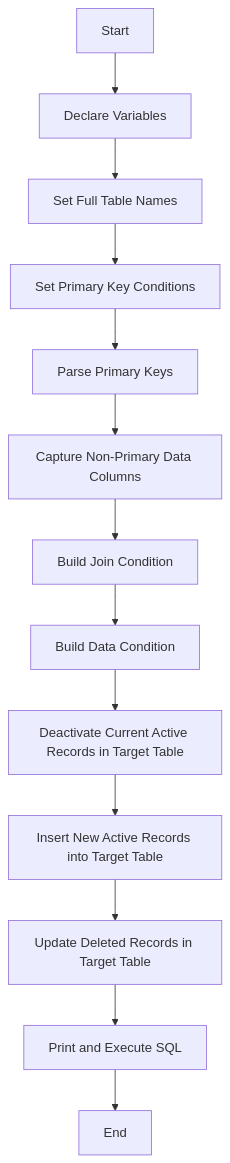
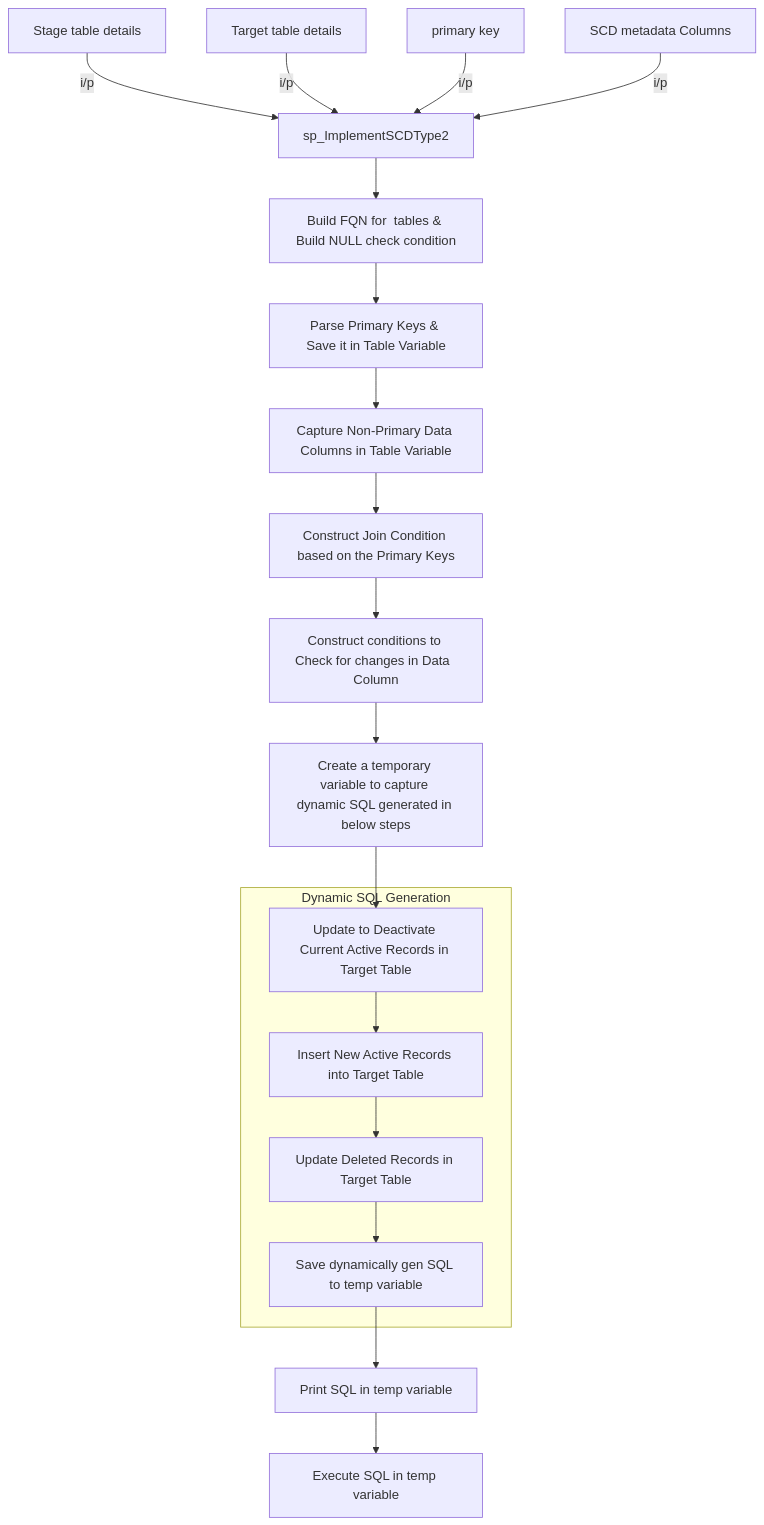
One commit to ZosBHAI/SQL changed the diagram in sqlserver/SCDType2/Notes.md. Above: the diagram before and after it, drawn with Mermaid. The commit also changed other lines of this file, not shown here.

````diff
--- a/sqlserver/SCDType2/Notes.md
+++ b/sqlserver/SCDType2/Notes.md
@@ -65,16 +65,26 @@
 ```mermaid
 graph TD
-    A[Start] --> B[Declare Variables]
-    B --> C[Set Full Table Names]
-    C --> D[Set Primary Key Conditions]
-    D --> E[Parse Primary Keys]
-    E --> F[Capture Non-Primary Data Columns]
-    F --> G[Build Join Condition]
-    G --> H[Build Data Condition]
-    H --> I[Deactivate Current Active Records in Target Table]
+    AZ[Stage table details]  --> |i/p|D1[sp_ImplementSCDType2]
+    BZ[Target table details] --> |i/p|D1[sp_ImplementSCDType2]
+    CZ[primary key] --> |i/p|D1[sp_ImplementSCDType2]
+    DZ[SCD metadata Columns] --> |i/p|D1[sp_ImplementSCDType2]
+      
+ 
+    D1 --> D[Build FQN for  tables & Build NULL check condition]
+    D --> E[Parse Primary Keys & Save it in Table Variable]
+    E --> F[Capture Non-Primary Data Columns in Table Variable]
+    F --> G[Construct Join Condition based on the Primary Keys]
+    G --> H[Construct conditions to Check for changes in Data  Column]
+    H --> I1[Create a temporary variable to capture dynamic SQL generated in below steps]
+    
+    I1 --> I[Update to Deactivate Current Active Records in Target Table]
+    subgraph  Dynamic SQL  Generation
     I --> J[Insert New Active Records into Target Table]
     J --> K[Update Deleted Records in Target Table]
-    K --> L[Print and Execute SQL]
-    L --> M[End]
+    K --> K1[Save dynamically gen SQL to temp variable]
+    end
+    K1 --> L[Print SQL in temp variable]
+    L --> M[Execute SQL in temp variable]
+
 
 ```
````
